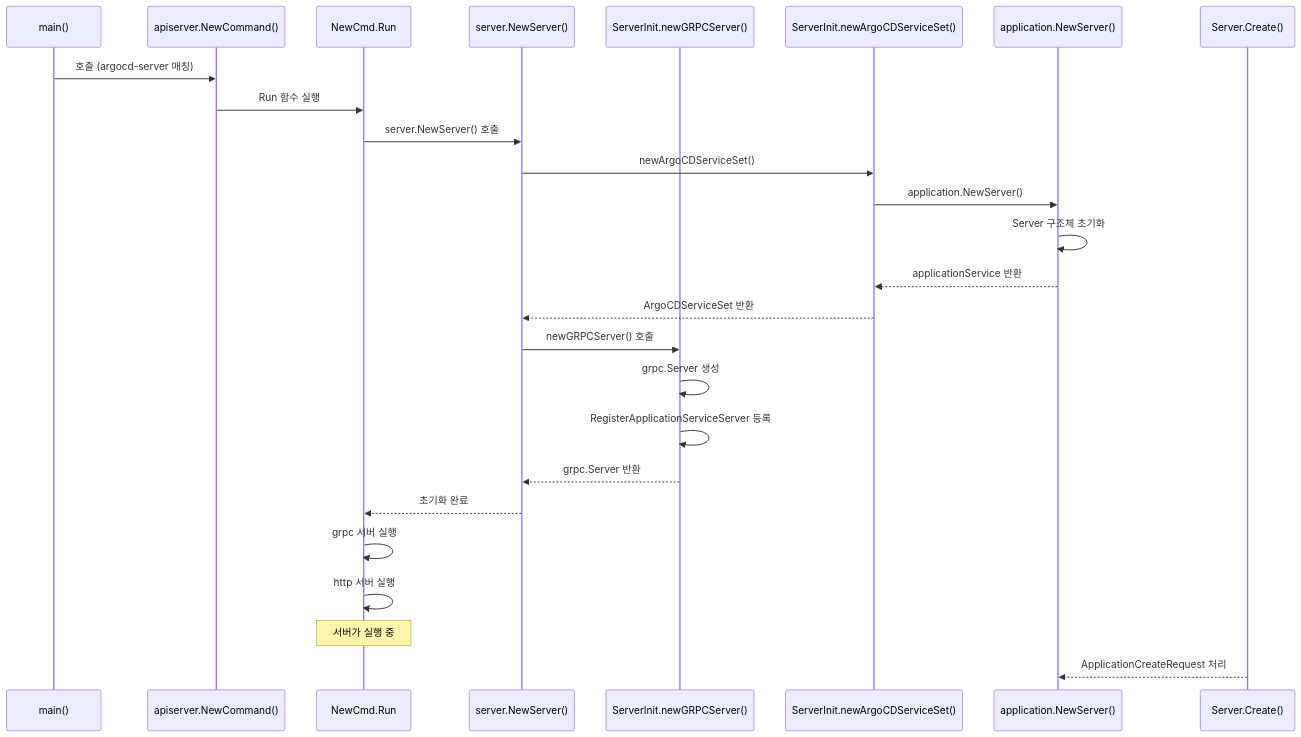
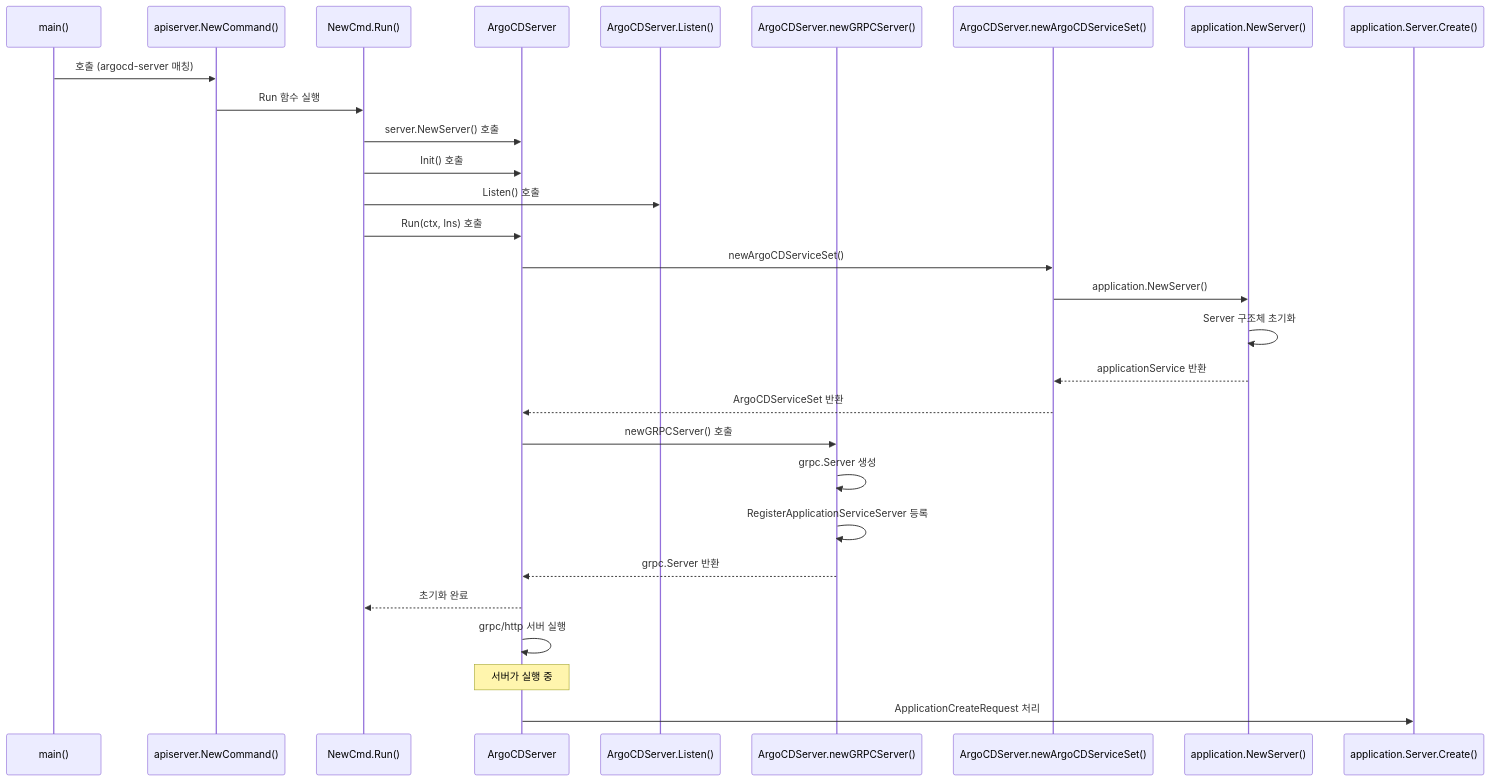
Before and after one commit to atgane/atgane.github.io: the diagram in _posts/2024-12-17-argocd2.md, drawn with Mermaid. The commit also changed other lines of this file and 7 other files, not shown here.

First line of the commit message:
Refactor Argo CD application synchronization process and improve documentation

````diff
--- a/_posts/2024-12-17-argocd2.md
+++ b/_posts/2024-12-17-argocd2.md
@@ -264,29 +252,32 @@
 ```mermaid
 sequenceDiagram
     participant Main as main()
     participant NewCmd as apiserver.NewCommand()
-    participant Run as NewCmd.Run
-    participant ServerInit as server.NewServer()
-    participant GRPCInit as ServerInit.newGRPCServer()
-    participant SvcSetInit as ServerInit.newArgoCDServiceSet()
+	participant Run as NewCmd.Run()
+	participant Server as ArgoCDServer
+	participant Listen as ArgoCDServer.Listen()
+	participant GRPCInit as ArgoCDServer.newGRPCServer()
+	participant SvcSetInit as ArgoCDServer.newArgoCDServiceSet()
     participant AppServiceInit as application.NewServer()
-    participant CreateMethod as Server.Create()
+	participant CreateMethod as application.Server.Create()
     
     Main ->> NewCmd: 호출 (argocd-server 매칭)
     NewCmd ->> Run: Run 함수 실행
-    Run ->> ServerInit: server.NewServer() 호출
-    ServerInit ->> SvcSetInit: newArgoCDServiceSet()
+	Run ->> Server: server.NewServer() 호출
+	Run ->> Server: Init() 호출
+	Run ->> Listen: Listen() 호출
+	Run ->> Server: Run(ctx, lns) 호출
+	Server ->> SvcSetInit: newArgoCDServiceSet()
     SvcSetInit ->> AppServiceInit: application.NewServer()
     AppServiceInit ->> AppServiceInit: Server 구조체 초기화
     AppServiceInit -->> SvcSetInit: applicationService 반환
-    SvcSetInit -->> ServerInit: ArgoCDServiceSet 반환
-    ServerInit ->> GRPCInit: newGRPCServer() 호출
+	SvcSetInit -->> Server: ArgoCDServiceSet 반환
+	Server ->> GRPCInit: newGRPCServer() 호출
     GRPCInit ->> GRPCInit: grpc.Server 생성
     GRPCInit ->> GRPCInit: RegisterApplicationServiceServer 등록
-    GRPCInit -->> ServerInit: grpc.Server 반환
-    ServerInit -->> Run: 초기화 완료
-    Run ->> Run: grpc 서버 실행
-    Run ->> Run: http 서버 실행
-    note over Run: 서버가 실행 중
-    CreateMethod -->> AppServiceInit: ApplicationCreateRequest 처리
+	GRPCInit -->> Server: grpc.Server 반환
+	Server -->> Run: 초기화 완료
+	Server ->> Server: grpc/http 서버 실행
+	note over Server: 서버가 실행 중
+	Server ->> CreateMethod: ApplicationCreateRequest 처리
 ```
````
